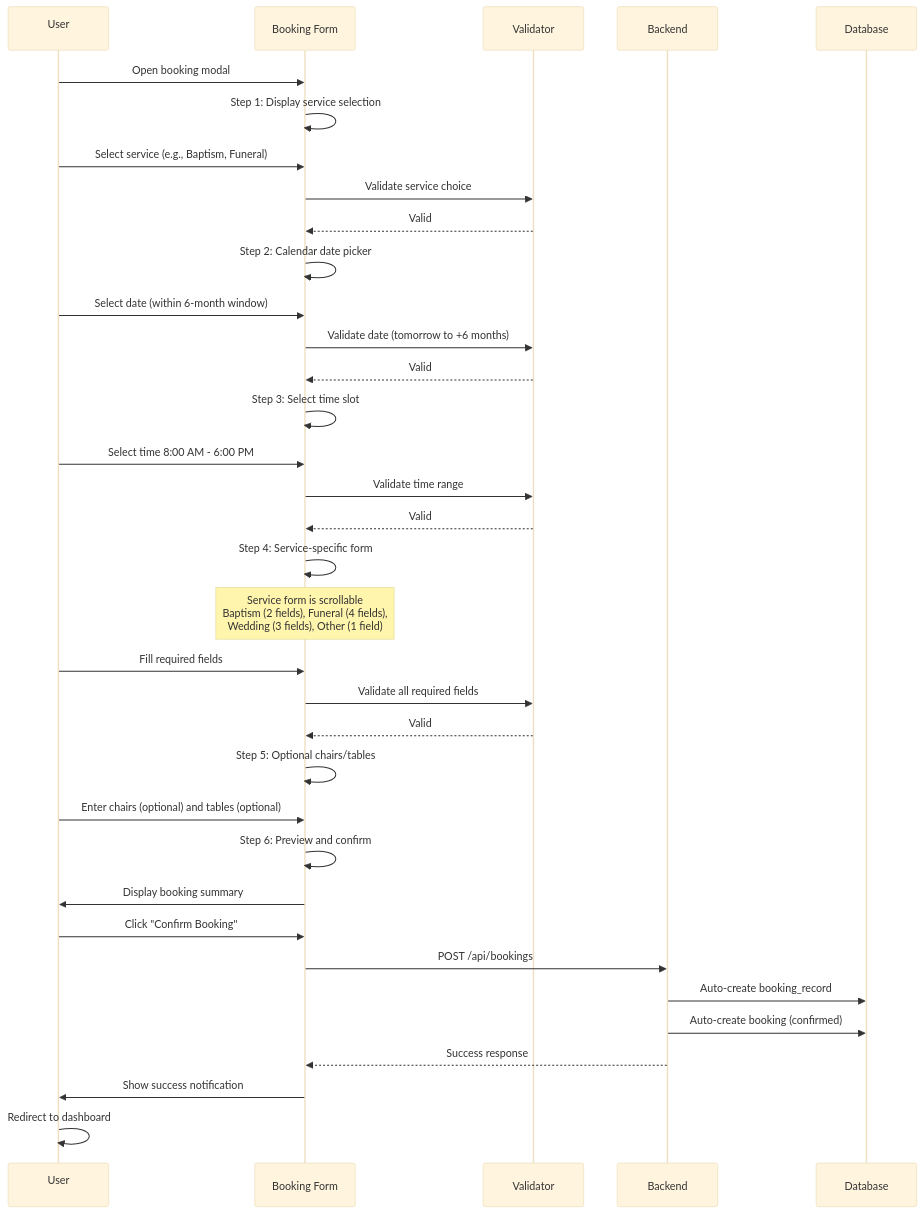
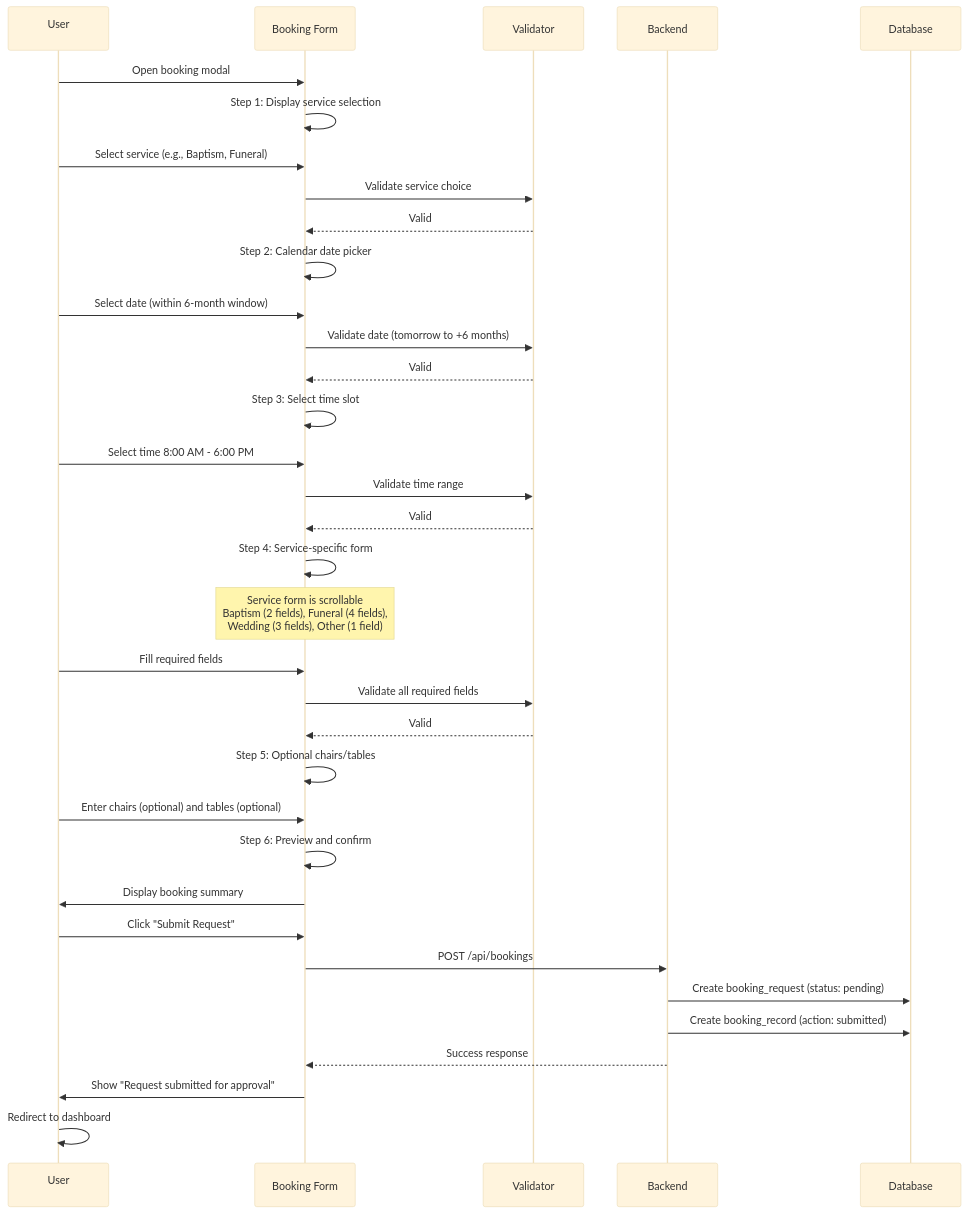
Before and after one commit to rcamarig-boop/church-booking-system: the seventh of 7 diagrams in PROJECT_DIAGRAMS.md, drawn with Mermaid (base theme). The commit also changed other lines of this file, not shown here.

Commit message:
fix: Correct booking workflow docs - requests require admin approval, not auto-booking

````diff
--- a/PROJECT_DIAGRAMS.md
+++ b/PROJECT_DIAGRAMS.md
@@ -695,44 +747,44 @@
 ```mermaid
 sequenceDiagram
   participant User as User<br/>
   participant Form as Booking Form
   participant Val as Validator
   participant API as Backend
   participant Store as Database
 
   User->>Form: Open booking modal
   Form->>Form: Step 1: Display service selection
   User->>Form: Select service (e.g., Baptism, Funeral)
   Form->>Val: Validate service choice
   Val-->>Form: Valid
   
   Form->>Form: Step 2: Calendar date picker
   User->>Form: Select date (within 6-month window)
   Form->>Val: Validate date (tomorrow to +6 months)
   Val-->>Form: Valid
   
   Form->>Form: Step 3: Select time slot
   User->>Form: Select time 8:00 AM - 6:00 PM
   Form->>Val: Validate time range
   Val-->>Form: Valid
   
   Form->>Form: Step 4: Service-specific form
   Note over Form: Service form is scrollable<br/>Baptism (2 fields), Funeral (4 fields),<br/>Wedding (3 fields), Other (1 field)
   User->>Form: Fill required fields
   Form->>Val: Validate all required fields
   Val-->>Form: Valid
   
   Form->>Form: Step 5: Optional chairs/tables
   User->>Form: Enter chairs (optional) and tables (optional)
   
   Form->>Form: Step 6: Preview and confirm
   Form->>User: Display booking summary
-  User->>Form: Click "Confirm Booking"
+  User->>Form: Click "Submit Request"
   
   Form->>API: POST /api/bookings
-  API->>Store: Auto-create booking_record
-  API->>Store: Auto-create booking (confirmed)
+  API->>Store: Create booking_request (status: pending)
+  API->>Store: Create booking_record (action: submitted)
   API-->>Form: Success response
-  Form->>User: Show success notification
+  Form->>User: Show "Request submitted for approval"
   User->>User: Redirect to dashboard
 ```
````
